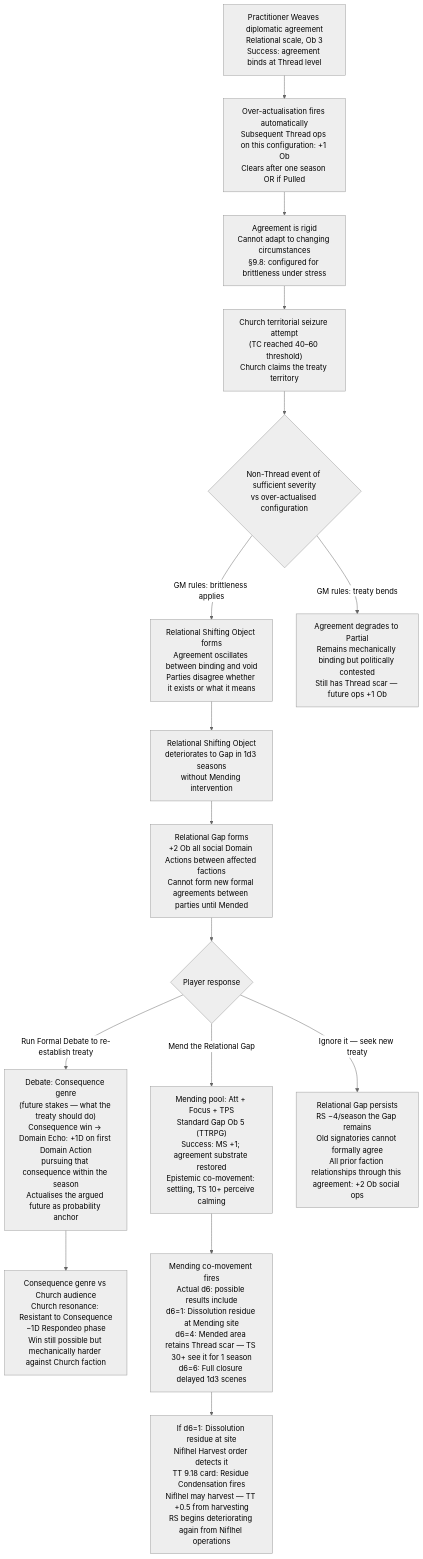
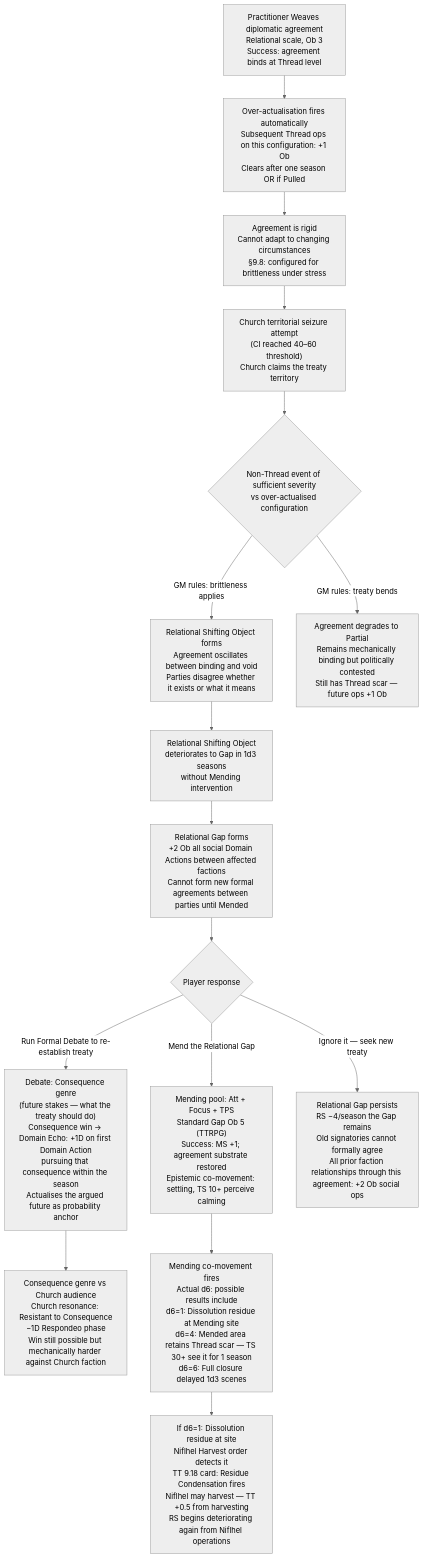
Before and after one commit to jordanelias/ttrpg: the first of 4 diagrams in designs/arcs/emergent_arcs_experimental.md, drawn with Mermaid (neutral theme). The commit also changed other lines of this file and 59 other files, not shown here.

````diff
--- a/designs/arcs/emergent_arcs_experimental.md
+++ b/designs/arcs/emergent_arcs_experimental.md
@@ -21,22 +21,22 @@
 ```mermaid
 flowchart TD
     A["Practitioner Weaves diplomatic agreement\nRelational scale, Ob 3\nSuccess: agreement binds at Thread level"] --> B["Over-actualisation fires automatically\nSubsequent Thread ops on this configuration: +1 Ob\nClears after one season OR if Pulled"]
     B --> C["Agreement is rigid\nCannot adapt to changing circumstances\n§9.8: configured for brittleness under stress"]
     
-    C --> D["Church territorial seizure attempt\n(TC reached 40–60 threshold)\nChurch claims the treaty territory"]
+    C --> D["Church territorial seizure attempt\n(CI reached 40–60 threshold)\nChurch claims the treaty territory"]
     D --> E{Non-Thread event of sufficient severity\nvs over-actualised configuration}
     E -->|"GM rules: brittleness applies"| F["Relational Shifting Object forms\nAgreement oscillates between binding and void\nParties disagree whether it exists or what it means"]
     E -->|"GM rules: treaty bends"| G["Agreement degrades to Partial\nRemains mechanically binding but politically contested\nStill has Thread scar — future ops +1 Ob"]
     
     F --> H["Relational Shifting Object\ndeteriorates to Gap in 1d3 seasons\nwithout Mending intervention"]
     H --> I["Relational Gap forms\n+2 Ob all social Domain Actions between affected factions\nCannot form new formal agreements between parties until Mended"]
     
     I --> J{Player response}
     J -->|"Mend the Relational Gap"| K["Mending pool: Att + Focus + TPS\nStandard Gap Ob 5 (TTRPG)\nSuccess: MS +1; agreement substrate restored\nEpistemic co-movement: settling, TS 10+ perceive calming"]
     J -->|"Run Formal Debate to re-establish treaty"| L["Debate: Consequence genre\n(future stakes — what the treaty should do)\nConsequence win → Domain Echo: +1D on first Domain Action\npursuing that consequence within the season\nActualises the argued future as probability anchor"]
     J -->|"Ignore it — seek new treaty"| M["Relational Gap persists\nRS −4/season the Gap remains\nOld signatories cannot formally agree\nAll prior faction relationships through this agreement: +2 Ob social ops"]
     
     L --> N["Consequence genre vs Church audience\nChurch resonance: Resistant to Consequence\n−1D Respondeo phase\nWin still possible but mechanically harder against Church faction"]
     K --> O["Mending co-movement fires\nActual d6: possible results include\nd6=1: Dissolution residue at Mending site\nd6=4: Mended area retains Thread scar — TS 30+ see it for 1 season\nd6=6: Full closure delayed 1d3 scenes"]
     O --> P["If d6=1: Dissolution residue at site\nNiflhel Harvest order detects it\nTT 9.18 card: Residue Condensation fires\nNiflhel may harvest — TT +0.5 from harvesting\nRS begins deteriorating again from Niflhel operations"]
 ```
````
